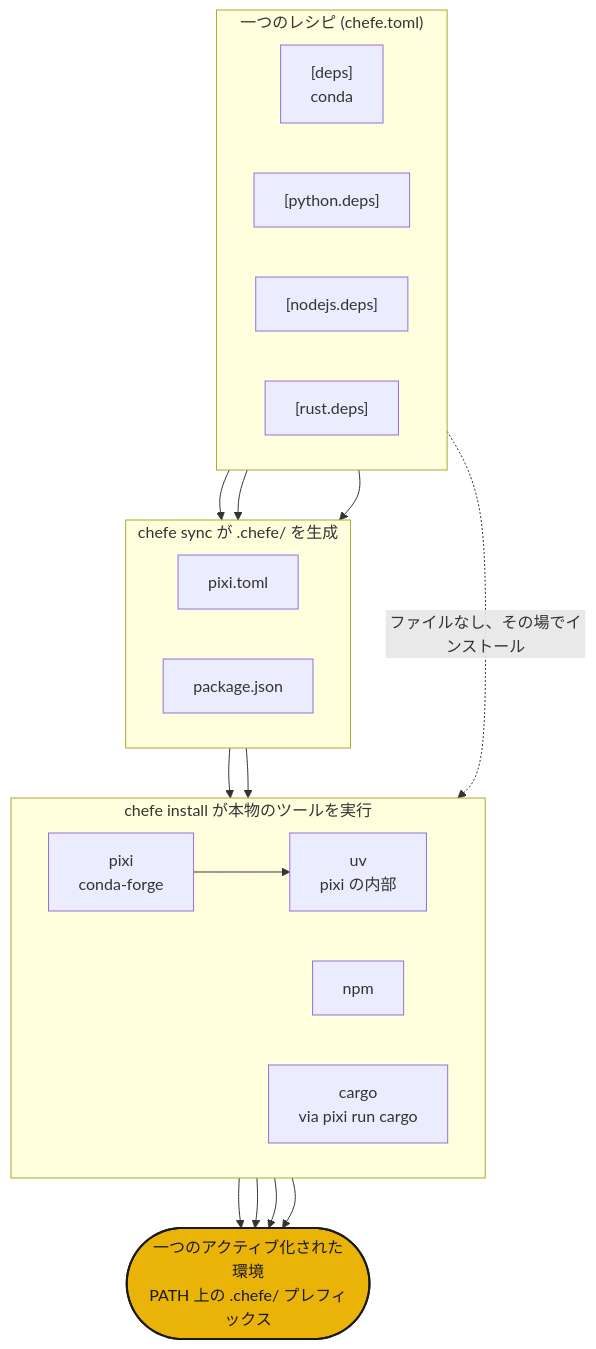
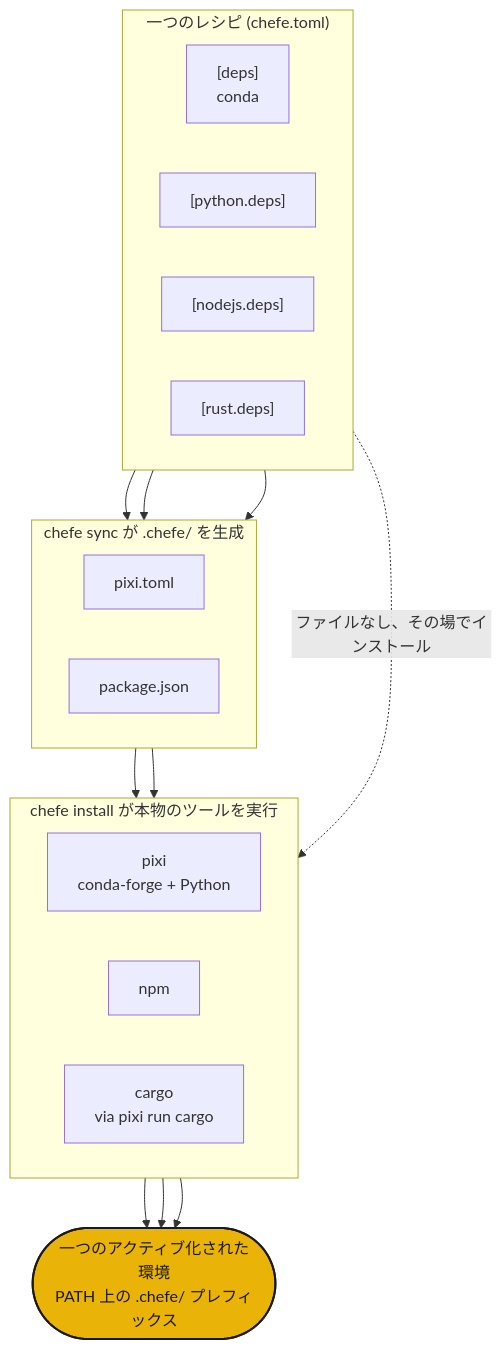
Before and after one commit to phvv-me/chefe: the diagram in docs/how-it-works.ja.md, drawn with Mermaid. The commit also changed other lines of this file and 29 other files, not shown here.

````diff
--- a/docs/how-it-works.ja.md
+++ b/docs/how-it-works.ja.md
@@ -5,42 +5,39 @@
 ```mermaid
 flowchart TB
     subgraph recipe["一つのレシピ (chefe.toml)"]
         direction LR
         D["[deps]<br/>conda"]
         PY["[python.deps]"]
         NP["[nodejs.deps]"]
         CG["[rust.deps]"]
     end
 
     subgraph compiled["chefe sync が .chefe/ を生成"]
         direction LR
         PT["pixi.toml"]
         PJ["package.json"]
     end
 
     subgraph solve["chefe install が本物のツールを実行"]
         direction LR
-        PIXI["pixi<br/>conda-forge"]
-        UV["uv<br/>pixi の内部"]
+        PIXI["pixi<br/>conda-forge + Python"]
         NPM["npm"]
         CARGO["cargo<br/>via pixi run cargo"]
     end
 
     ENV(["一つのアクティブ化された環境<br/>PATH 上の .chefe/ プレフィックス"]):::brand
 
     D --> PT
     PY --> PT
     NP --> PJ
     CG -. ファイルなし、その場でインストール .-> CARGO
 
     PT --> PIXI
-    PIXI --> UV
     PJ --> NPM
 
     PIXI --> ENV
-    UV --> ENV
     NPM --> ENV
     CARGO --> ENV
 
     classDef brand fill:#eab308,stroke:#1a1a1a,stroke-width:2px,color:#1a1a1a;
 ```
````
